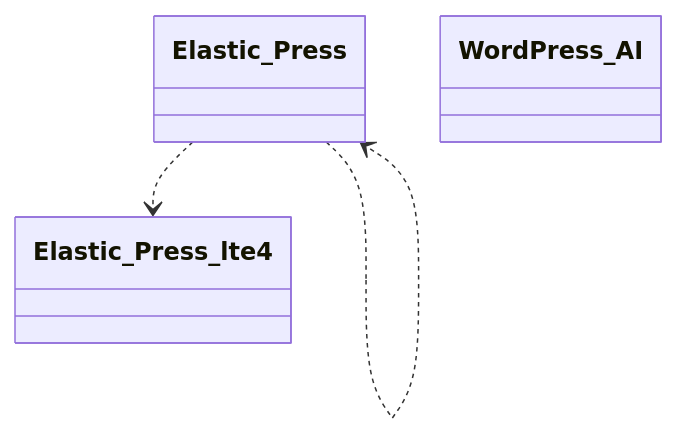
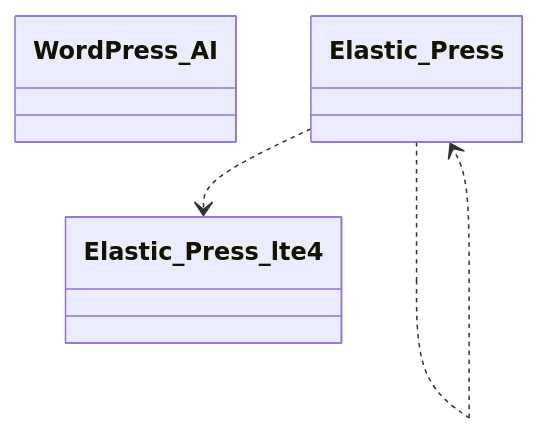
Before and after one commit to tainacan/tainacan: the ninth of 13 diagrams in docs/phpdoc/Home.md, drawn with Mermaid. The commit also changed other lines of this file and 79 other files, not shown here.

````diff
--- a/docs/phpdoc/Home.md
+++ b/docs/phpdoc/Home.md
@@ -582,9 +587,9 @@
 ```mermaid
 classDiagram
     direction TB
-    class Elastic_Press { }
     class Elastic_Press_lte4 { }
     class WordPress_AI { }
+    class Elastic_Press { }
     Elastic_Press ..> Elastic_Press
     Elastic_Press ..> Elastic_Press_lte4
 ```
````
